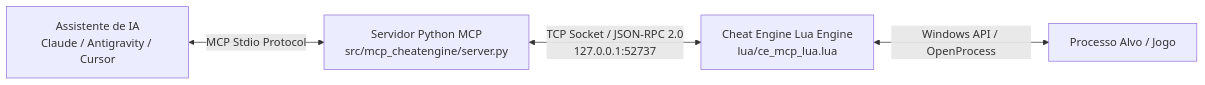
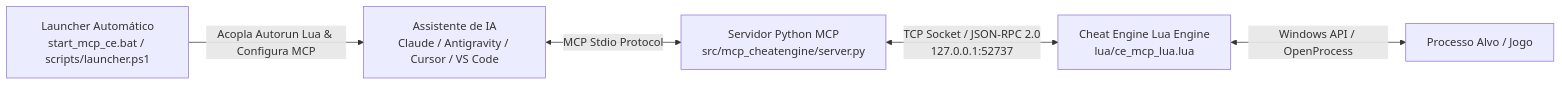
The diagram in README.md (dandgabr/mcp-cheatengine), drawn with Mermaid before and after one commit. The commit also changed other lines of this file and 2 other files, not shown here.

Commit message:
docs: atualiza documentacao e gitignore para incluir scripts PowerShell e Batch

````diff
--- a/README.md
+++ b/README.md
@@ -17,6 +18,7 @@
 ```mermaid
 flowchart LR
-    AI[Assistente de IA\nClaude / Antigravity / Cursor] <-->|MCP Stdio Protocol| PyServer[Servidor Python MCP\nsrc/mcp_cheatengine/server.py]
+    Launcher["Launcher Automático\nstart_mcp_ce.bat / scripts/launcher.ps1"] -->|Acopla Autorun Lua & Configura MCP| AI[Assistente de IA\nClaude / Antigravity / Cursor / VS Code]
+    AI <-->|MCP Stdio Protocol| PyServer[Servidor Python MCP\nsrc/mcp_cheatengine/server.py]
     PyServer <-->|TCP Socket / JSON-RPC 2.0\n127.0.0.1:52737| CE[Cheat Engine Lua Engine\nlua/ce_mcp_lua.lua]
     CE <-->|Windows API / OpenProcess| Target[Processo Alvo / Jogo]
 ```
````
